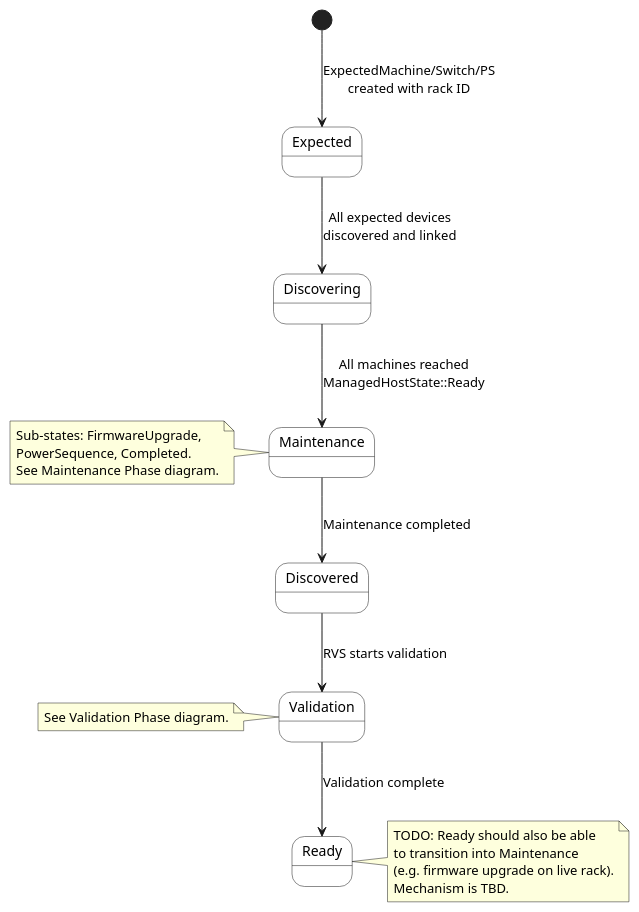
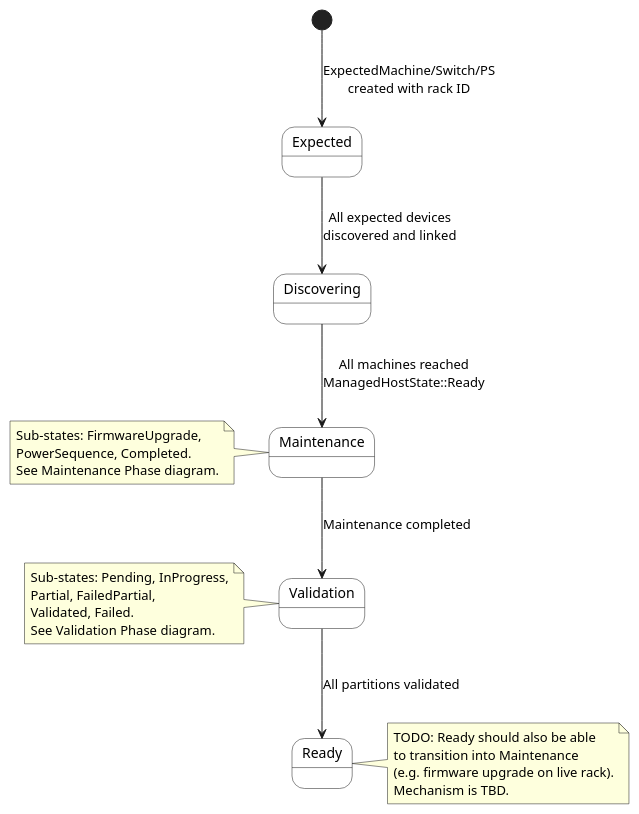
Before and after one commit to NVIDIA/bare-metal-manager-core: the first of 3 diagrams in book/src/architecture/state_machines/rack.md, drawn with PlantUML. The commit also changed other lines of this file and 4 other files, not shown here.

````diff
--- a/book/src/architecture/state_machines/rack.md
+++ b/book/src/architecture/state_machines/rack.md
@@ -21,44 +21,44 @@
 ```plantuml
 @startuml
 skinparam state {
   BackgroundColor White
 }
 
 state "Expected" as Expected
 state "Discovering" as Discovering
 state "Maintenance" as Maintenance
-state "Discovered" as Discovered
 state "Validation" as Validation
 state "Ready" as Ready
 
 [*] --> Expected : ExpectedMachine/Switch/PS\ncreated with rack ID
 
 Expected --> Discovering : All expected devices\ndiscovered and linked
 Discovering --> Maintenance : All machines reached\nManagedHostState::Ready
 
-Maintenance --> Discovered : Maintenance completed
+Maintenance --> Validation : Maintenance completed
 
-Discovered --> Validation : RVS starts validation
-
-Validation --> Ready : Validation complete
+Validation --> Ready : All partitions validated
 
 note left of Maintenance
   Sub-states: FirmwareUpgrade,
   PowerSequence, Completed.
   See Maintenance Phase diagram.
 end note
 
 note left of Validation
+  Sub-states: Pending, InProgress,
+  Partial, FailedPartial,
+  Validated, Failed.
   See Validation Phase diagram.
 end note
 
 
 note right of Ready
   TODO: Ready should also be able
   to transition into Maintenance
   (e.g. firmware upgrade on live rack).
   Mechanism is TBD.
 end note
 
 @enduml
 ```
````
